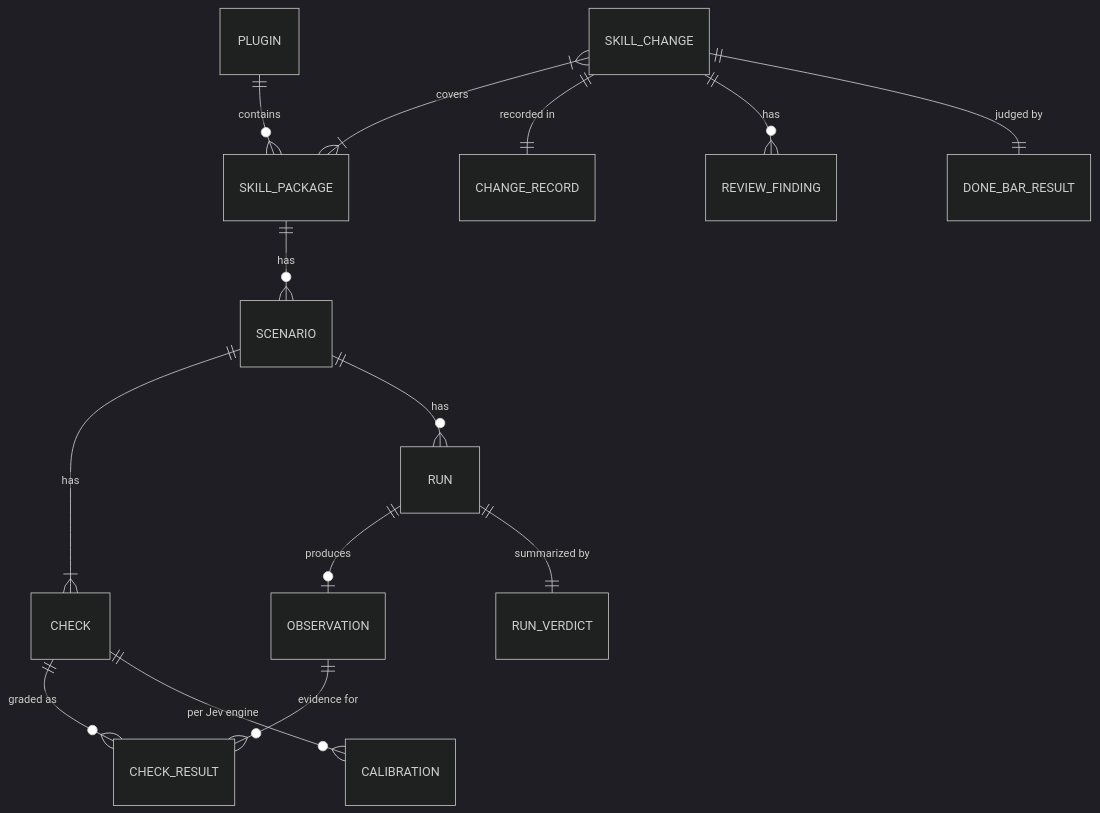
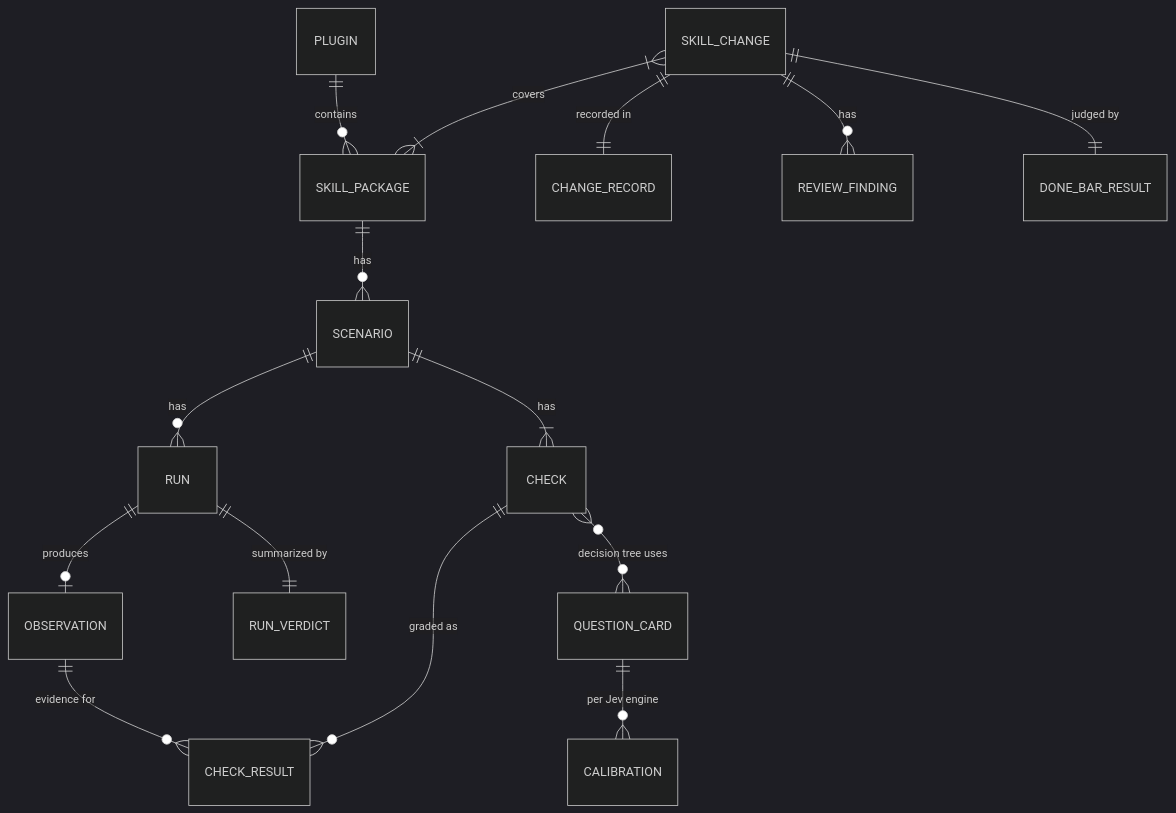
One commit to ShravanSunder/ai-tools changed the second of 2 diagrams in docs/specs/2026-10-02-skill-authoring-plugin/2026-10-02-skill-authoring-plugin.md. Above: the diagram before and after it, drawn with Mermaid (dark theme).

Commit message:
Show Question card in the Spec entity map

````diff
--- a/docs/specs/2026-10-02-skill-authoring-plugin/2026-10-02-skill-authoring-plugin.md
+++ b/docs/specs/2026-10-02-skill-authoring-plugin/2026-10-02-skill-authoring-plugin.md
@@ -52,16 +52,17 @@
 ```mermaid
 erDiagram
   SKILL_PACKAGE ||--o{ SCENARIO : "has"
   SCENARIO ||--|{ CHECK : "has"
   SCENARIO ||--o{ RUN : "has"
   RUN ||--o| OBSERVATION : "produces"
   CHECK ||--o{ CHECK_RESULT : "graded as"
   OBSERVATION ||--o{ CHECK_RESULT : "evidence for"
   RUN ||--|| RUN_VERDICT : "summarized by"
-  CHECK ||--o{ CALIBRATION : "per Jev engine"
+  CHECK }o--o{ QUESTION_CARD : "decision tree uses"
+  QUESTION_CARD ||--o{ CALIBRATION : "per Jev engine"
   SKILL_CHANGE }|--|{ SKILL_PACKAGE : "covers"
   SKILL_CHANGE ||--|| CHANGE_RECORD : "recorded in"
   SKILL_CHANGE ||--o{ REVIEW_FINDING : "has"
   SKILL_CHANGE ||--|| DONE_BAR_RESULT : "judged by"
   PLUGIN ||--o{ SKILL_PACKAGE : "contains"
 ```
````
